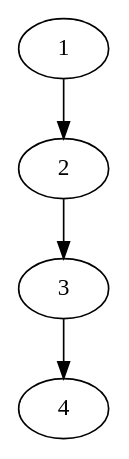
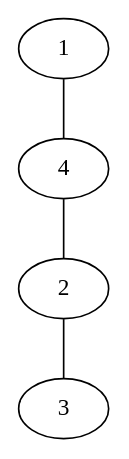
Before and after one commit to vinicius-de-souza/graphapplication: the diagram in testes/intersecao.dot, drawn with Graphviz. The commit also changed 12 other files, not shown here.

```diff
--- a/testes/intersecao.dot
+++ b/testes/intersecao.dot
@@ -1,7 +1,17 @@
-digraph G {
+strict graph G { 
+ 
 
-    1 ->  2
-    2 ->  3
-    3 ->  4
+    1 --  4
+    1 --  4
+    4 --  1
+    4 --  2
+    4 --  1
+    4 --  2
+    2 --  4
+    2 --  3
+    2 --  4
+    2 --  3
+    3 --  2
+    3 --  2
 
  }
```
